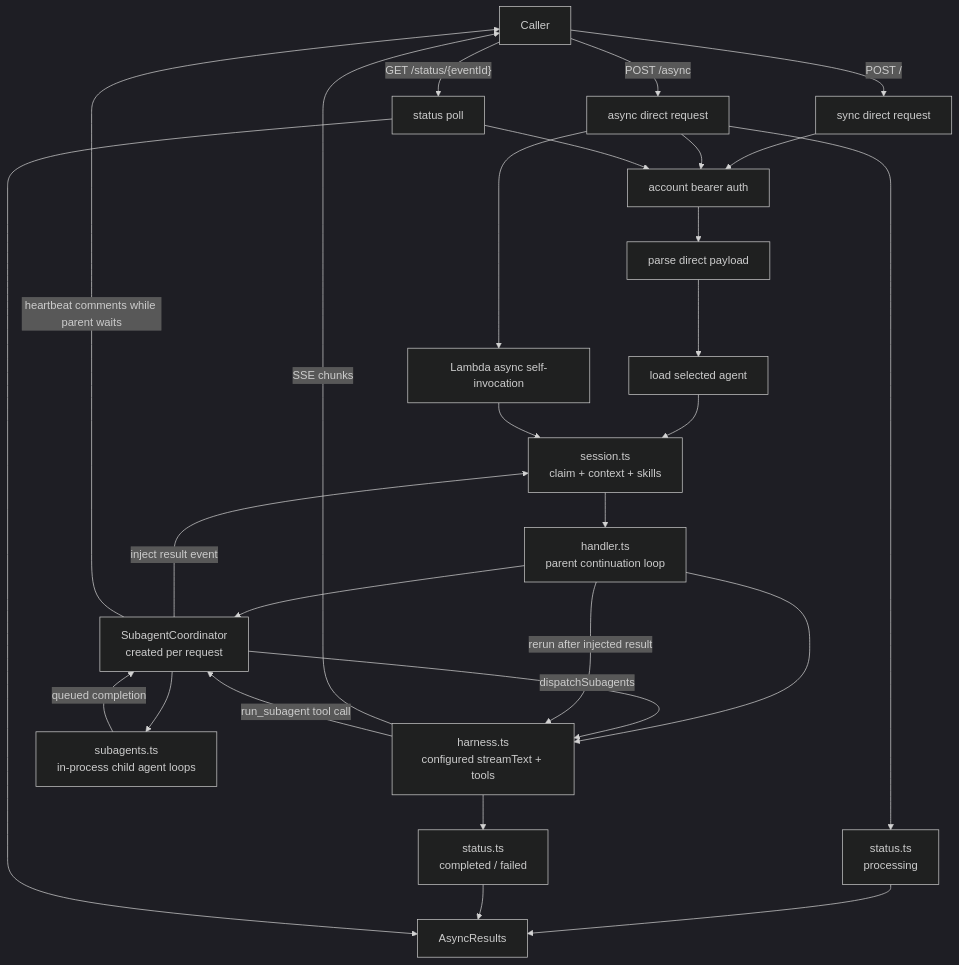
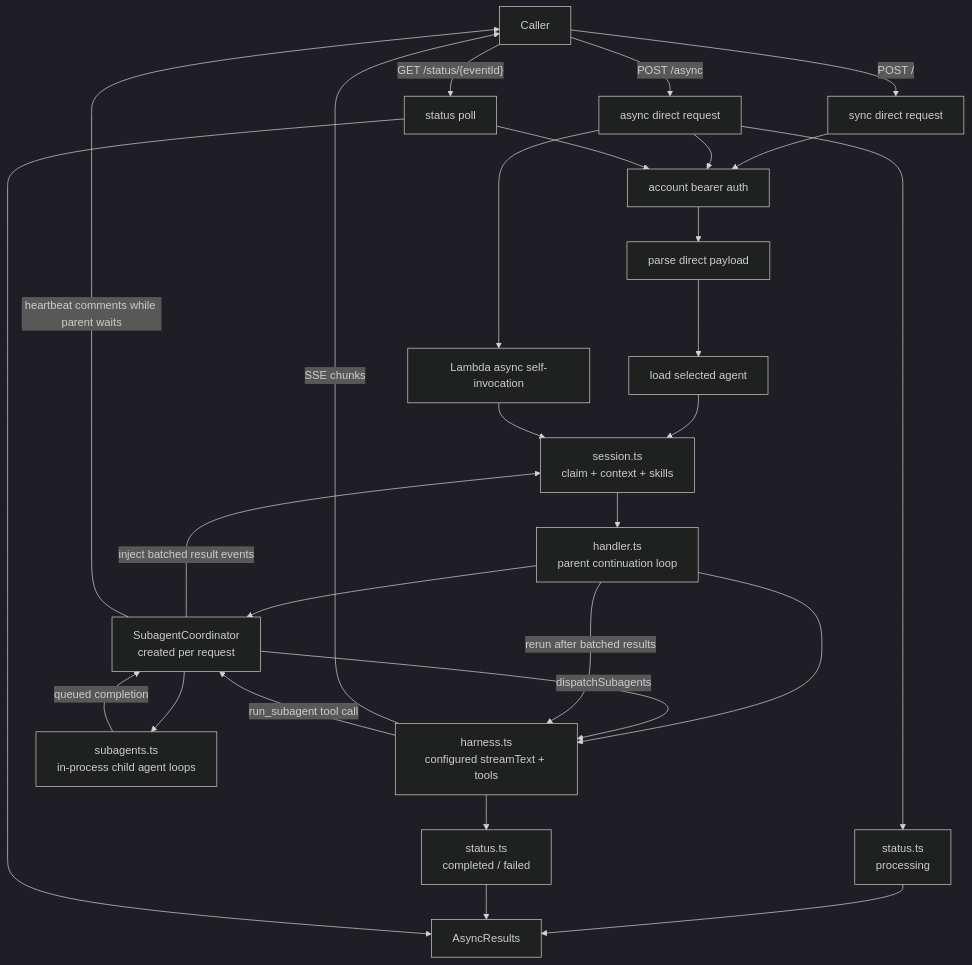
The fifth of 7 diagrams in docs/architecture.md (beeblastco/filthy-panty), drawn with Mermaid (dark theme) before and after one commit. The commit also changed other lines of this file and 4 other files, not shown here.

Commit message:
fix: change to batch deliver subagent results injected prompt back to parent

````diff
--- a/docs/architecture.md
+++ b/docs/architecture.md
@@ -118,33 +118,33 @@
 ```mermaid
 flowchart TD
   Caller["Caller"] -->|"POST /"| Sync["sync direct request"]
   Caller -->|"POST /async"| Async["async direct request"]
 
   Sync --> Auth["account bearer auth"]
   Async --> Auth
   Auth --> Parse["parse direct payload"]
   Parse --> AgentLookup["load selected agent"]
   AgentLookup --> Session["session.ts<br/>claim + context + skills"]
   Session --> HandlerLoop["handler.ts<br/>parent continuation loop"]
   HandlerLoop --> Coordinator["SubagentCoordinator<br/>created per request"]
   HandlerLoop --> Agent["harness.ts<br/>configured streamText + tools"]
   Coordinator -->|"dispatchSubagents"| Agent
   Agent -->|"SSE chunks"| Caller
   Agent -->|"run_subagent tool call"| Coordinator
   Coordinator --> ChildRuns["subagents.ts<br/>in-process child agent loops"]
   ChildRuns -->|"queued completion"| Coordinator
-  Coordinator -->|"inject result event"| Session
+  Coordinator -->|"inject batched result events"| Session
   Coordinator -->|"heartbeat comments while parent waits"| Caller
-  HandlerLoop -->|"rerun after injected result"| Agent
+  HandlerLoop -->|"rerun after batched results"| Agent
 
   Async --> Pending["status.ts<br/>processing"]
   Pending --> AsyncTable["AsyncResults"]
   Async --> SelfInvoke["Lambda async self-invocation"]
   SelfInvoke --> Session
   Agent --> Complete["status.ts<br/>completed / failed"]
   Complete --> AsyncTable
 
   Caller -->|"GET /status/{eventId}"| Status["status poll"]
   Status --> Auth
   Status --> AsyncTable
 ```
````
